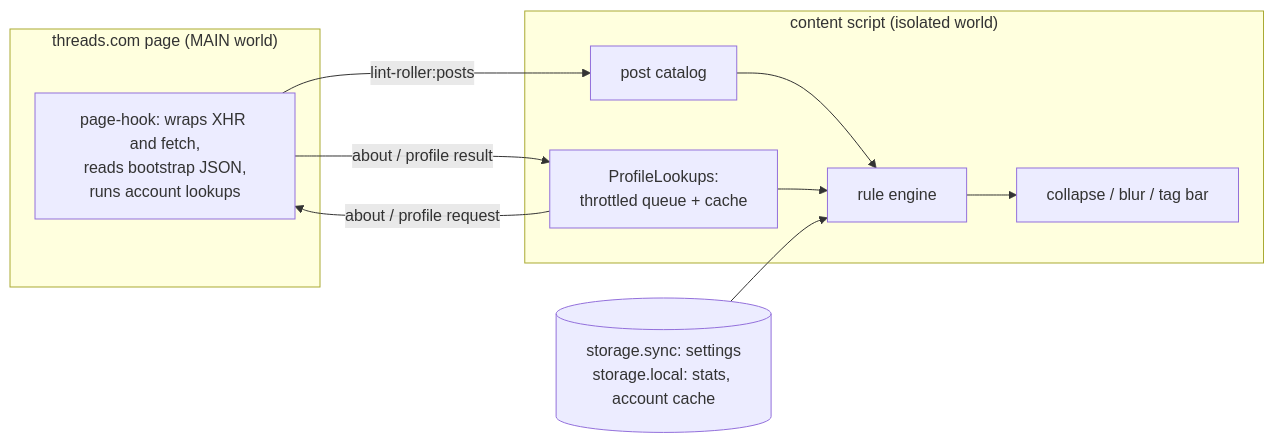
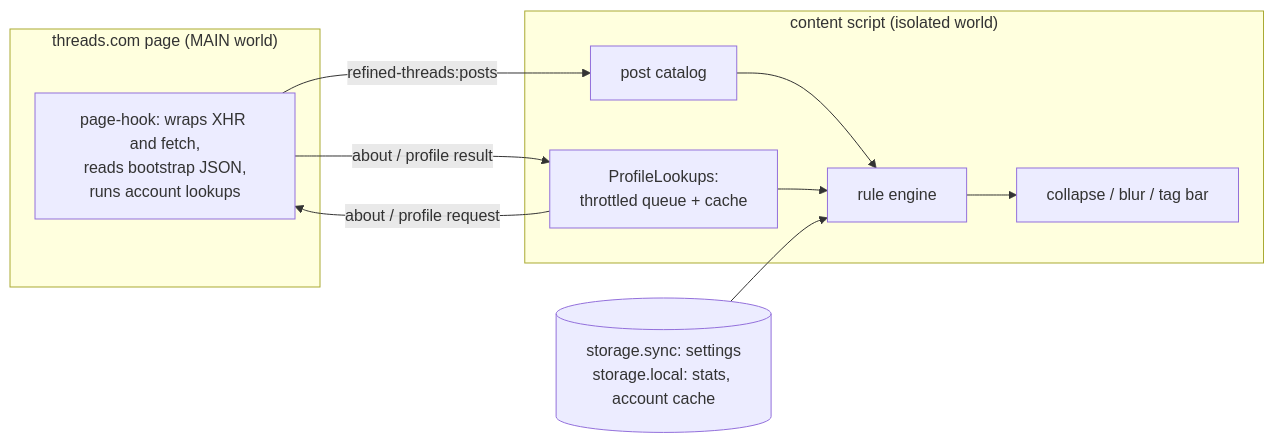
One commit to hannoeru/refined-threads changed the diagram in README.md. Above: the diagram before and after it, drawn with Mermaid. The commit also changed other lines of this file and 20 other files, not shown here.

Commit message:
refactor: rename the extension to Refined Threads

````diff
--- a/README.md
+++ b/README.md
@@ -20,19 +20,19 @@
 ```mermaid
 flowchart LR
   subgraph Page["threads.com page (MAIN world)"]
     Hook["page-hook: wraps XHR and fetch,<br/>reads bootstrap JSON,<br/>runs account lookups"]
   end
   subgraph Content["content script (isolated world)"]
     Catalog["post catalog"]
     Lookups["ProfileLookups:<br/>throttled queue + cache"]
     Engine["rule engine"]
     View["collapse / blur / tag bar"]
   end
-  Hook -- "lint-roller:posts" --> Catalog
+  Hook -- "refined-threads:posts" --> Catalog
   Lookups -- "about / profile request" --> Hook
   Hook -- "about / profile result" --> Lookups
   Catalog --> Engine
   Lookups --> Engine
   Engine --> View
   Settings[("storage.sync: settings<br/>storage.local: stats, account cache")] --> Engine
 ```
````
